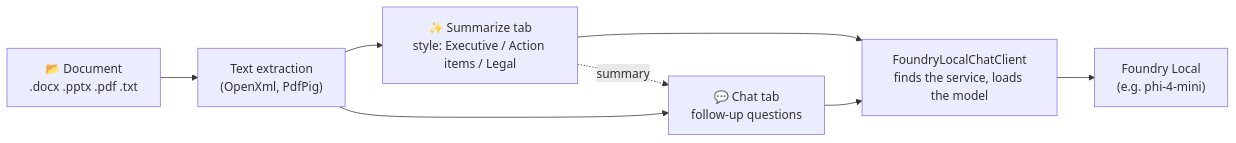
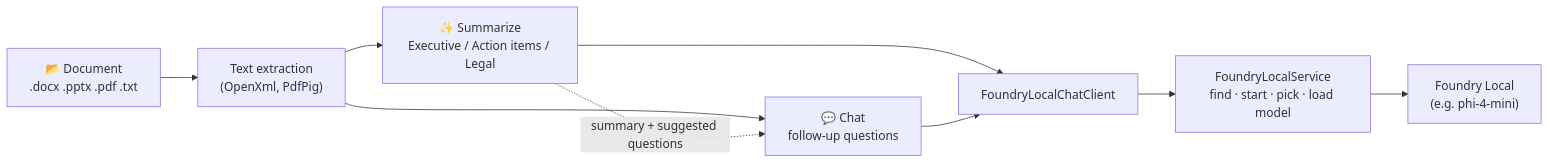
Before and after one commit to sagarworlds/foundry-local-summarize: the diagram in README.md, drawn with Mermaid. The commit also changed other lines of this file, not shown here.

````diff
--- a/README.md
+++ b/README.md
@@ -19,10 +79,11 @@
 ```mermaid
 graph LR
     File["📂 Document<br/>.docx .pptx .pdf .txt"] --> Extract["Text extraction<br/>(OpenXml, PdfPig)"]
-    Extract --> Summarize["✨ Summarize tab<br/>style: Executive / Action items / Legal"]
-    Summarize --> Client["FoundryLocalChatClient<br/>finds the service, loads the model"]
-    Extract --> Chat["💬 Chat tab<br/>follow-up questions"]
-    Summarize -. summary .-> Chat
+    Extract --> Summarize["✨ Summarize<br/>Executive / Action items / Legal"]
+    Extract --> Chat["💬 Chat<br/>follow-up questions"]
+    Summarize -. summary + suggested questions .-> Chat
+    Summarize --> Client["FoundryLocalChatClient"]
     Chat --> Client
-    Client --> Foundry["Foundry Local<br/>(e.g. phi-4-mini)"]
+    Client --> Service["FoundryLocalService<br/>find · start · pick · load model"]
+    Service --> Foundry["Foundry Local<br/>(e.g. phi-4-mini)"]
 ```
````
